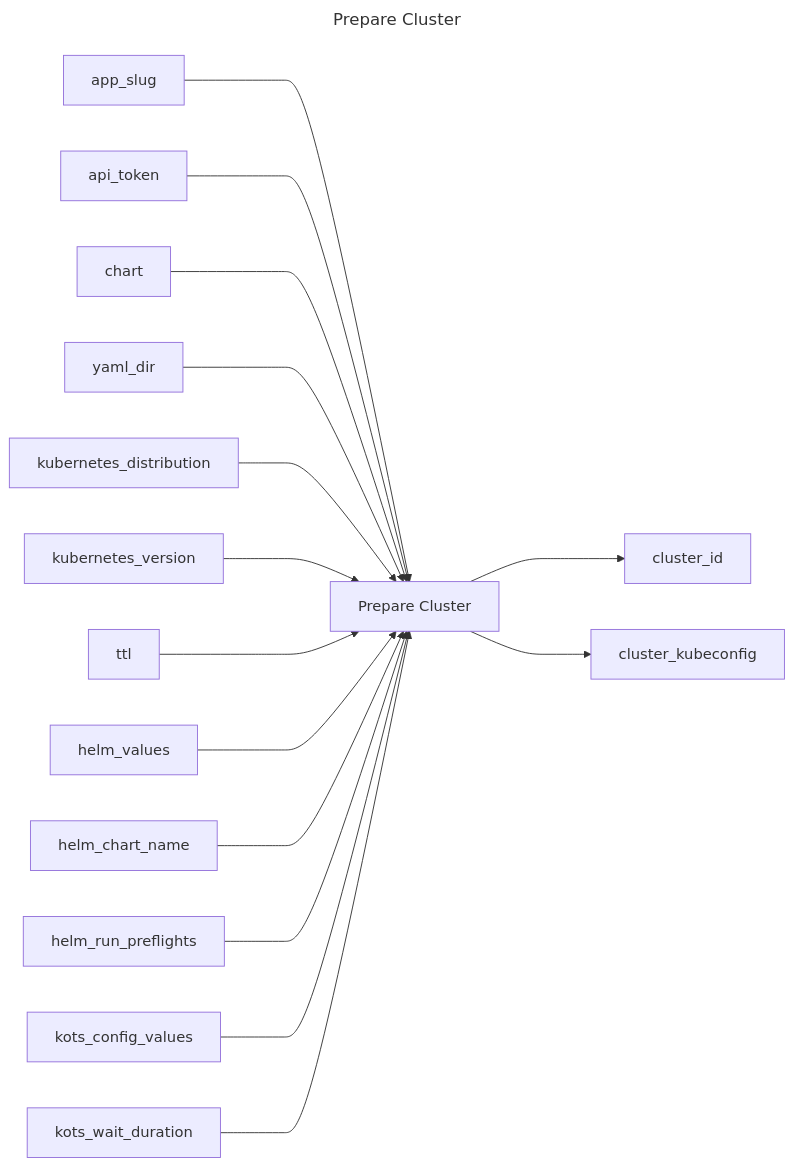
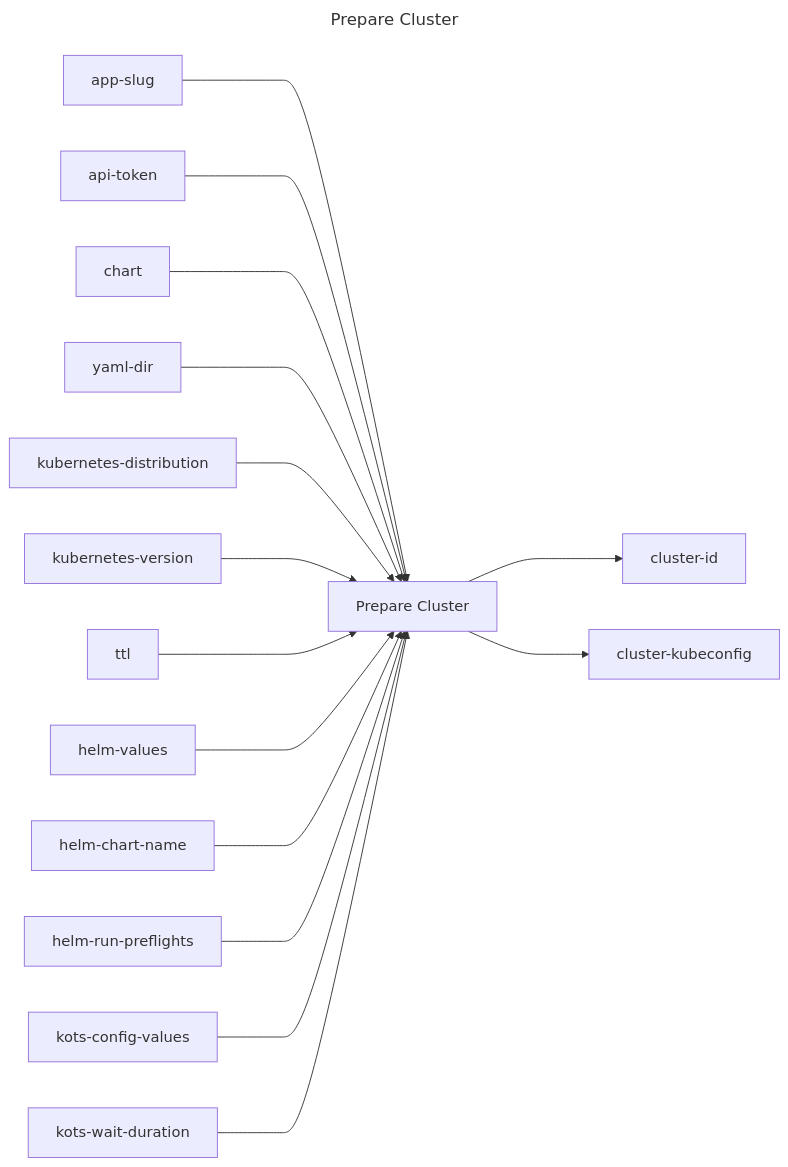
One commit to replicatedhq/replicated-actions changed the diagram in prepare-cluster/README.md. Above: the diagram before and after it, drawn with Mermaid. The commit also changed 12 other files, not shown here.

````diff
--- a/prepare-cluster/README.md
+++ b/prepare-cluster/README.md
@@ -3,21 +3,35 @@
 ```mermaid
 ---
 title: Prepare Cluster
 ---
 graph LR
 prepare_cluster["Prepare Cluster"]
+app_slug["app-slug"]
+api_token["api-token"]
+chart["chart"]
+yaml_dir["yaml-dir"]
+kubernetes_distribution["kubernetes-distribution"]
+kubernetes_version["kubernetes-version"]
+ttl["ttl"]
+helm_values["helm-values"]
+helm_chart_name["helm-chart-name"]
+helm_run_preflights["helm-run-preflights"]
+kots_config_values["kots-config-values"]
+kots_wait_duration["kots-wait-duration"]
+cluster_id["cluster-id"]
+cluster_kubeconfig["cluster-kubeconfig"]
 app_slug ---> prepare_cluster
 api_token ---> prepare_cluster
 chart ---> prepare_cluster
 yaml_dir ---> prepare_cluster
 kubernetes_distribution ---> prepare_cluster
 kubernetes_version ---> prepare_cluster
 ttl ---> prepare_cluster
 helm_values ---> prepare_cluster
 helm_chart_name ---> prepare_cluster
 helm_run_preflights ---> prepare_cluster
 kots_config_values ---> prepare_cluster
 kots_wait_duration ---> prepare_cluster
 prepare_cluster ---> cluster_id
 prepare_cluster ---> cluster_kubeconfig
 ```
````
